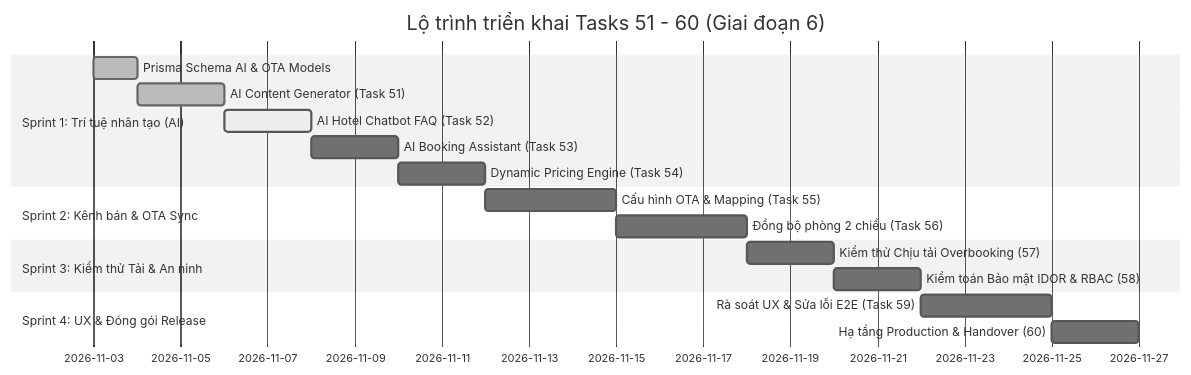
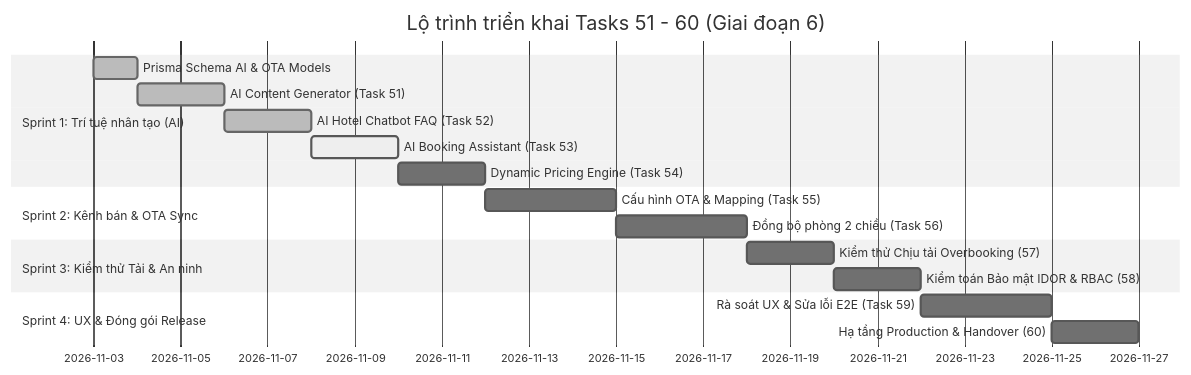
One commit to vogiahuy2506-lang/Digistay changed the second of 2 diagrams in docs/PLAN-TASKS-51-60.md. Above: the diagram before and after it, drawn with Mermaid (neutral theme). The commit also changed 10 other files, not shown here.

Commit message:
feat: implement 24/7 AI hotel assistant chatbot on public websites (Task 52)

````diff
--- a/docs/PLAN-TASKS-51-60.md
+++ b/docs/PLAN-TASKS-51-60.md
@@ -440,20 +440,20 @@
 ```mermaid
 gantt
     title Lộ trình triển khai Tasks 51 - 60 (Giai đoạn 6)
     dateFormat  YYYY-MM-DD
     section Sprint 1: Trí tuệ nhân tạo (AI)
     Prisma Schema AI & OTA Models    :done,    sp1_1, 2026-11-03, 1d
     AI Content Generator (Task 51)   :done,    sp1_2, after sp1_1, 2d
-    AI Hotel Chatbot FAQ (Task 52)   :active,  sp1_3, after sp1_2, 2d
-    AI Booking Assistant (Task 53)   :         sp1_4, after sp1_3, 2d
+    AI Hotel Chatbot FAQ (Task 52)   :done,    sp1_3, after sp1_2, 2d
+    AI Booking Assistant (Task 53)   :active,  sp1_4, after sp1_3, 2d
     Dynamic Pricing Engine (Task 54) :         sp1_5, after sp1_4, 2d
     section Sprint 2: Kênh bán & OTA Sync
     Cấu hình OTA & Mapping (Task 55) :         sp2_1, after sp1_5, 3d
     Đồng bộ phòng 2 chiều (Task 56)  :         sp2_2, after sp2_1, 3d
     section Sprint 3: Kiểm thử Tải & An ninh
     Kiểm thử Chịu tải Overbooking (57):        sp3_1, after sp2_2, 2d
     Kiểm toán Bảo mật IDOR & RBAC (58):        sp3_2, after sp3_1, 2d
     section Sprint 4: UX & Đóng gói Release
     Rà soát UX & Sửa lỗi E2E (Task 59):       sp4_1, after sp3_2, 3d
     Hạ tầng Production & Handover (60):       sp4_2, after sp4_1, 2d
 ```
````
